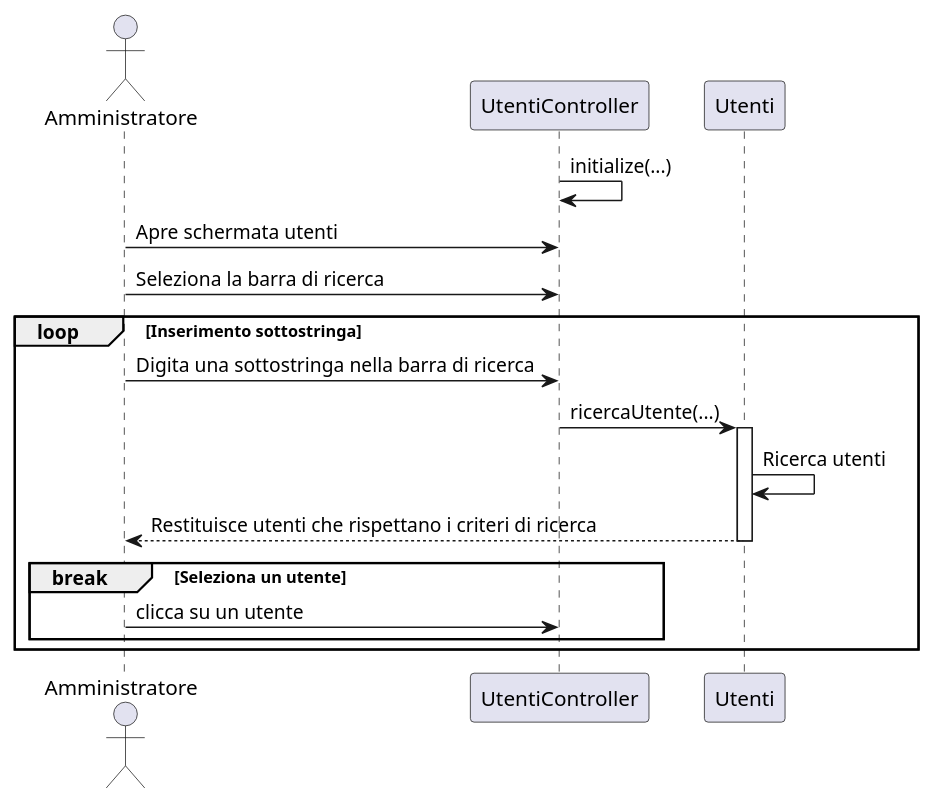
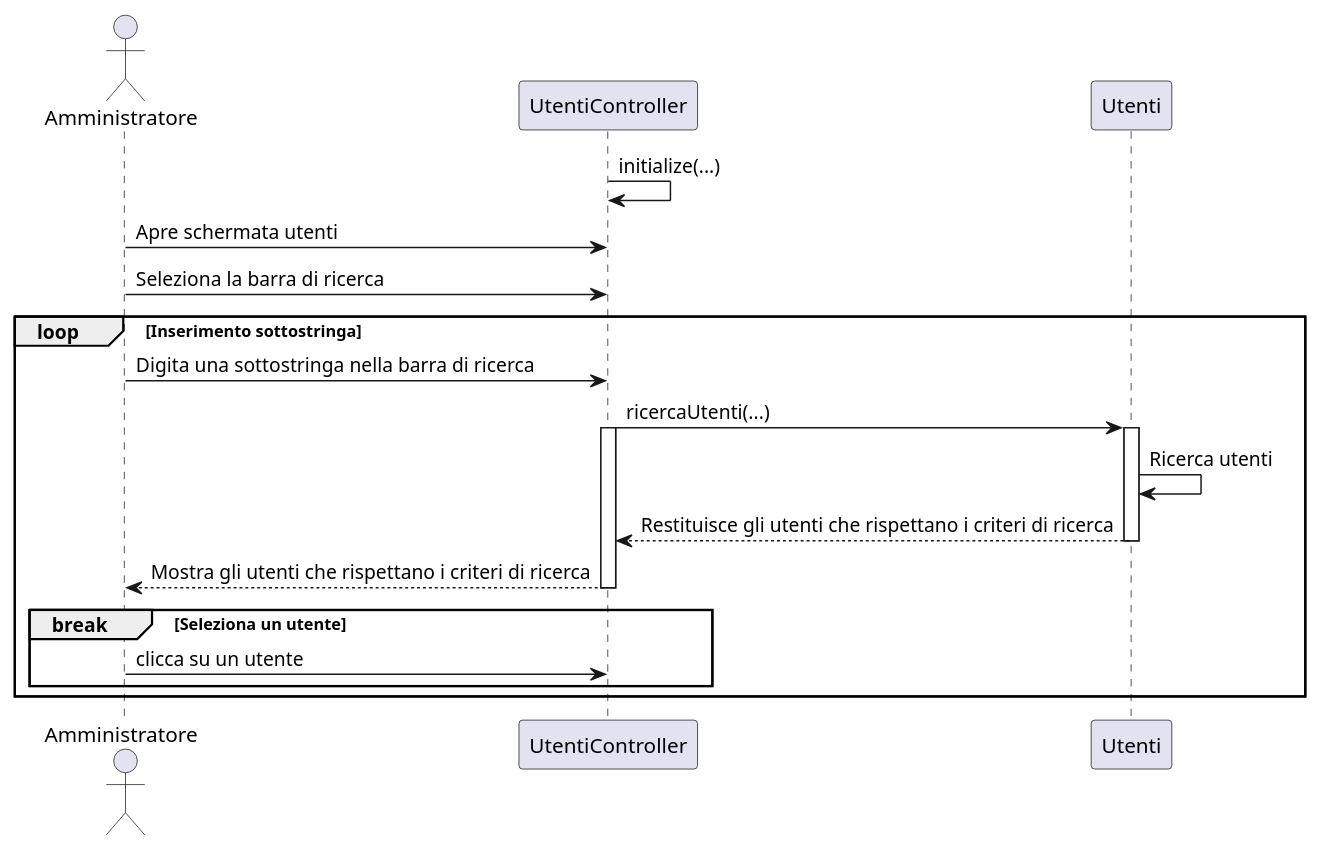
The diagram in documents/DiagrammiUML/DiagrammiDiSequenza/diagrammaC12RicercaUtente.puml (TitanVoid/ProgSE-Biblioteca), drawn with PlantUML before and after one commit. The commit also changed 1 other file, not shown here.

Commit message:
Update diagrammi sequenza di ricerca

```diff
--- a/documents/DiagrammiUML/DiagrammiDiSequenza/diagrammaC12RicercaUtente.puml
+++ b/documents/DiagrammiUML/DiagrammiDiSequenza/diagrammaC12RicercaUtente.puml
@@ -1,30 +1,34 @@
 @startuml
 
 	actor Amministratore as a
 	participant UtentiController as cvu
 	participant Utenti as gu
 
 	
 	cvu->cvu: initialize(...)
 	a->cvu: Apre schermata utenti
 	a->cvu: Seleziona la barra di ricerca
 	
 	'Ogni volta che viene inserito un carattere viene aggiornata la ricerca
 	loop Inserimento sottostringa 
 		a->cvu: Digita una sottostringa nella barra di ricerca
-		cvu->gu: ricercaUtente(...)
-		activate gu
-			gu->gu: Ricerca utenti
-			gu-->a:Restituisce utenti che rispettano i criteri di ricerca
-		deactivate gu
+		cvu->gu: ricercaUtenti(...)
+		activate cvu
+			activate gu
+				gu->gu: Ricerca utenti
+				gu-->cvu:Restituisce gli utenti che rispettano i criteri di ricerca
+			deactivate gu
+			cvu --> a: Mostra gli utenti che rispettano i criteri di ricerca
+		deactivate cvu
+
 		
 		'Condizione di uscita dal loop
 		break Seleziona un utente 
 			a->cvu: clicca su un utente
 		end
 
 	end
 
 
 
 @enduml
```
